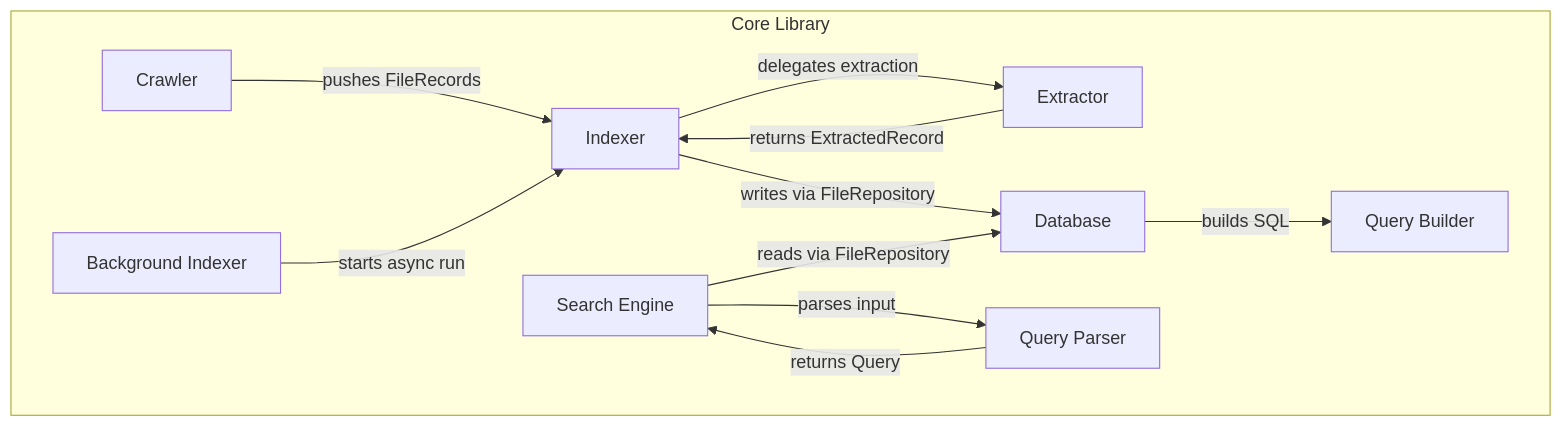
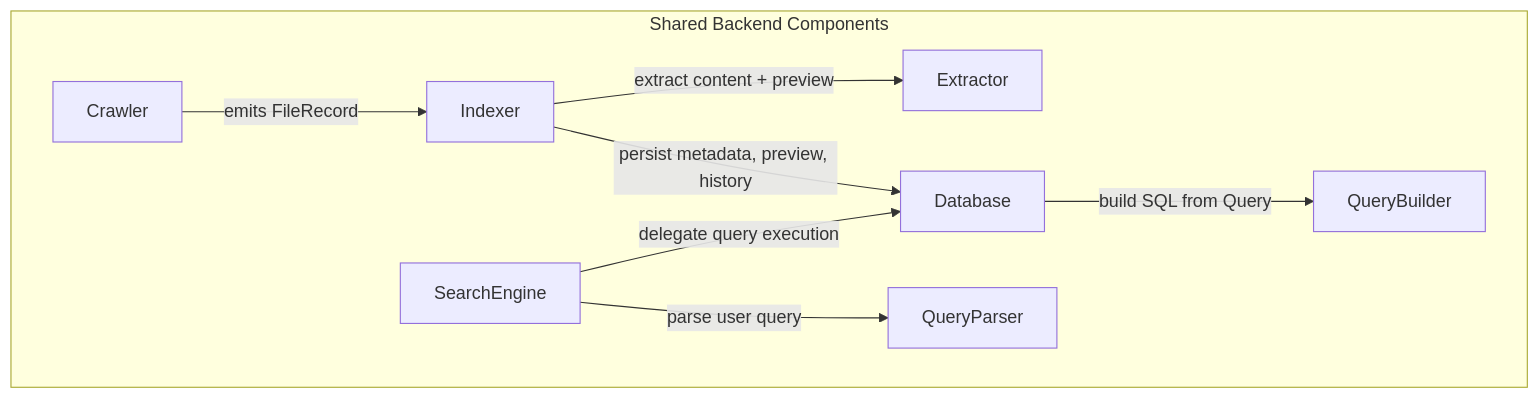
One commit to ralu2004/Local-File-Search-System changed the fourth of 7 diagrams in ARCHITECTURE.md. Above: the diagram before and after it, drawn with Mermaid. The commit also changed other lines of this file, not shown here.

First line of the commit message:
docs(architecture): refine C4 architecture document

````diff
--- a/ARCHITECTURE.md
+++ b/ARCHITECTURE.md
@@ -65,23 +121,19 @@
 ```mermaid
 graph TD
-    subgraph Core["Core Library"]
+    subgraph SharedLogic["Shared Backend Components"]
         Crawler["Crawler"]
+        Extractor["Extractor"]
         Indexer["Indexer"]
-        BackgroundIndexer["Background Indexer"]
-        Extractor["Extractor"]
-        Search["Search Engine"]
-        QueryParser["Query Parser"]
+        Search["SearchEngine"]
+        Parser["QueryParser"]
         DB["Database"]
-        QueryBuilder["Query Builder"]
+        QB["QueryBuilder"]
     end
 
-    Crawler -->|pushes FileRecords| Indexer
-    BackgroundIndexer -->|starts async run| Indexer
-    Indexer -->|delegates extraction| Extractor
-    Extractor -->|returns ExtractedRecord| Indexer
-    Indexer -->|writes via FileRepository| DB
-    Search -->|parses input| QueryParser
-    QueryParser -->|returns Query| Search
-    Search -->|reads via FileRepository| DB
-    DB -->|builds SQL| QueryBuilder
+    Crawler -->|emits FileRecord| Indexer
+    Indexer -->|extract content + preview| Extractor
+    Indexer -->|persist metadata, preview, history| DB
+    Search -->|parse user query| Parser
+    Search -->|delegate query execution| DB
+    DB -->|build SQL from Query| QB
 ```
````
